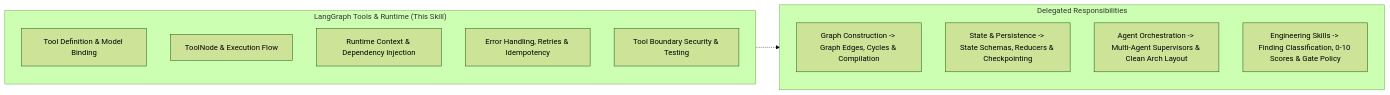
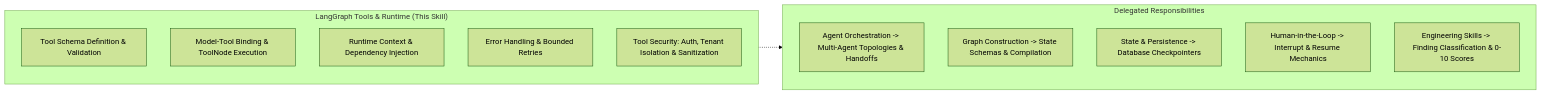
The diagram in skills/technology/langgraph-tools-and-runtime/SKILL.md (ChaithrashreeMC-tech/Code-Review-Agent), drawn with Mermaid (forest theme) before and after one commit. The commit also changed other lines of this file and 43 other files, not shown here.

````diff
--- a/skills/technology/langgraph-tools-and-runtime/SKILL.md
+++ b/skills/technology/langgraph-tools-and-runtime/SKILL.md
@@ -35,19 +34,20 @@
 ```mermaid
 flowchart LR
     subgraph InScope [" LangGraph Tools & Runtime (This Skill)"]
-        ToolDef["Tool Definition & Model Binding"]
-        ToolExec["ToolNode & Execution Flow"]
-        Context["Runtime Context & Dependency Injection"]
-        Errors["Error Handling, Retries & Idempotency"]
-        ToolSec["Tool Boundary Security & Testing"]
+        ToolDef["Tool Schema Definition & Validation"]
+        Binding["Model-Tool Binding & ToolNode Execution"]
+        RuntimeCtx["Runtime Context & Dependency Injection"]
+        Errors["Error Handling & Bounded Retries"]
+        Security["Tool Security: Auth, Tenant Isolation & Sanitization"]
     end
 
     subgraph Boundaries [" Delegated Responsibilities"]
-        GraphConst["Graph Construction -> Graph Edges, Cycles & Compilation"]
-        StatePersist["State & Persistence -> State Schemas, Reducers & Checkpointing"]
-        AgentOrch["Agent Orchestration -> Multi-Agent Supervisors & Clean Arch Layout"]
-        EngSkills["Engineering Skills -> Finding Classification, 0-10 Scores & Gate Policy"]
+        Orch["Agent Orchestration -> Multi-Agent Topologies & Handoffs"]
+        GraphConst["Graph Construction -> State Schemas & Compilation"]
+        Persist["State & Persistence -> Database Checkpointers"]
+        HITL["Human-in-the-Loop -> Interrupt & Resume Mechanics"]
+        Eng["Engineering Skills -> Finding Classification & 0-10 Scores"]
     end
 
     InScope -.-> Boundaries
 ```
````
